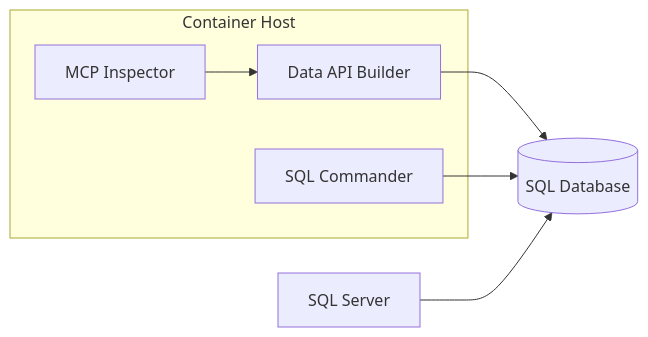
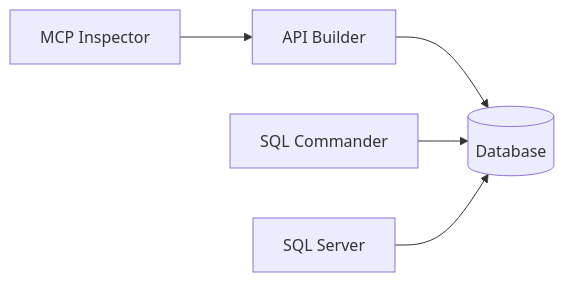
Before and after one commit to JerryNixon/github-copilot-sql-dab-azure-mcp: the first of 3 diagrams in .github/copilot-instructions.md, drawn with Mermaid. The commit also changed other lines of this file and 19 other files, not shown here.

````diff
--- a/.github/copilot-instructions.md
+++ b/.github/copilot-instructions.md
@@ -274,14 +299,7 @@
 ```mermaid
 flowchart LR
-  subgraph ACA ["Container Host"]
-    API["Data API Builder"]
-    MCPInspector["MCP Inspector"]
-    SQLCommander["SQL Commander"]
-  end
-  SQLServer["SQL Server"]
-  Database[(SQL Database)]
-  API --> Database
-  MCPInspector --> API
-  SQLCommander --> Database
-  SQLServer --> Database
+  Inspector["MCP Inspector"] --> API
+  API["API Builder"] --> DB
+  Commander["SQL Commander"] --> DB
+  SQL["SQL Server"] --> DB[(Database)]
 ```
````
